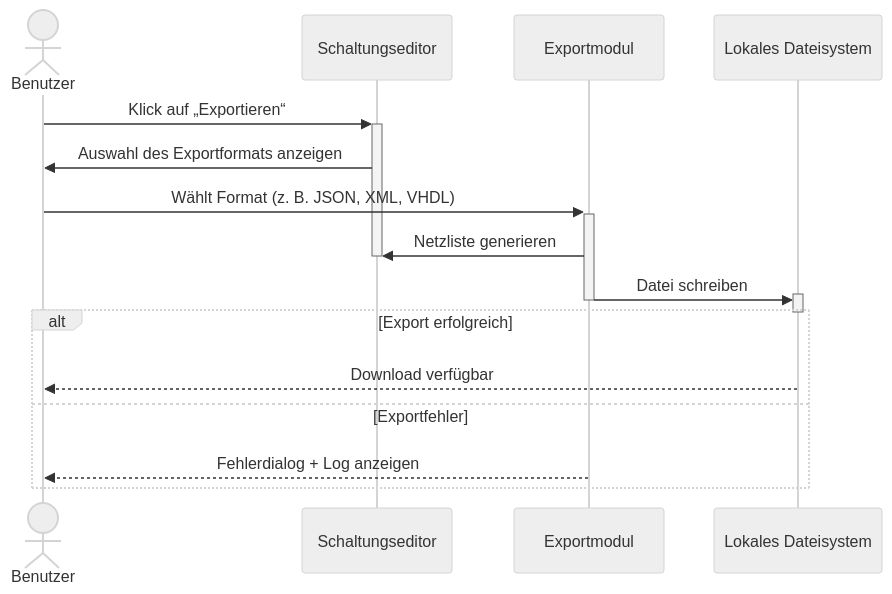
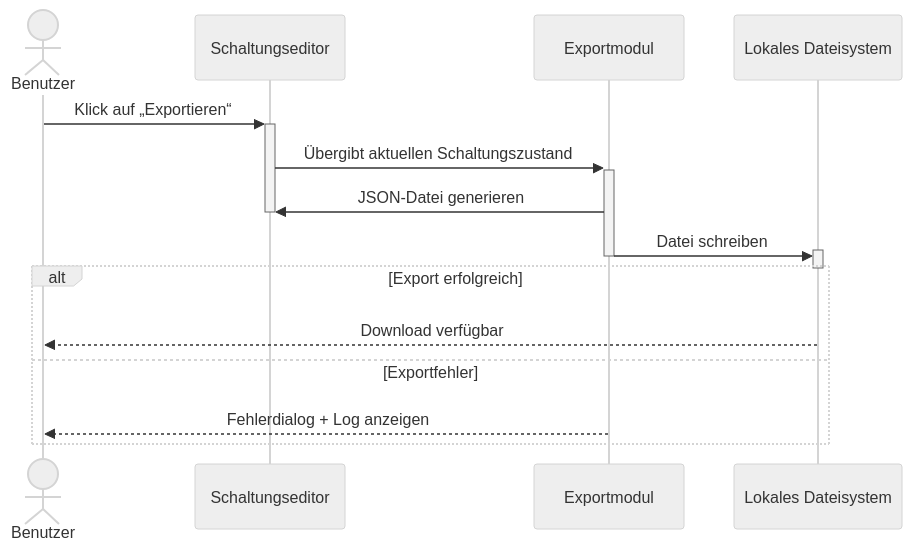
One commit to BitFlow-DHBW/BitFlow changed the tenth of 43 diagrams in docs/use_cases/software_requirements_specification.md. Above: the diagram before and after it, drawn with Mermaid (neutral theme). The commit also changed other lines of this file and 9 other files, not shown here.

````diff
--- a/docs/use_cases/software_requirements_specification.md
+++ b/docs/use_cases/software_requirements_specification.md
@@ -470,21 +519,20 @@
 ```mermaid
 sequenceDiagram
     actor Benutzer
     participant Editor as Schaltungseditor
     participant Exporter as Exportmodul
     participant DateiSystem as Lokales Dateisystem
 
     Benutzer ->>+ Editor: Klick auf „Exportieren“
-    Editor ->> Benutzer: Auswahl des Exportformats anzeigen
-    Benutzer ->>+ Exporter: Wählt Format (z. B. JSON, XML, VHDL)
-    Exporter ->> Editor: Netzliste generieren
+    Editor ->>+ Exporter: Übergibt aktuellen Schaltungszustand
+    Exporter ->> Editor: JSON-Datei generieren
     deactivate Editor
     Exporter ->>+ DateiSystem: Datei schreiben
     deactivate Exporter
     deactivate DateiSystem
     alt Export erfolgreich
         DateiSystem -->> Benutzer: Download verfügbar
     else Exportfehler
         Exporter -->> Benutzer: Fehlerdialog + Log anzeigen
     end
 ```
````
